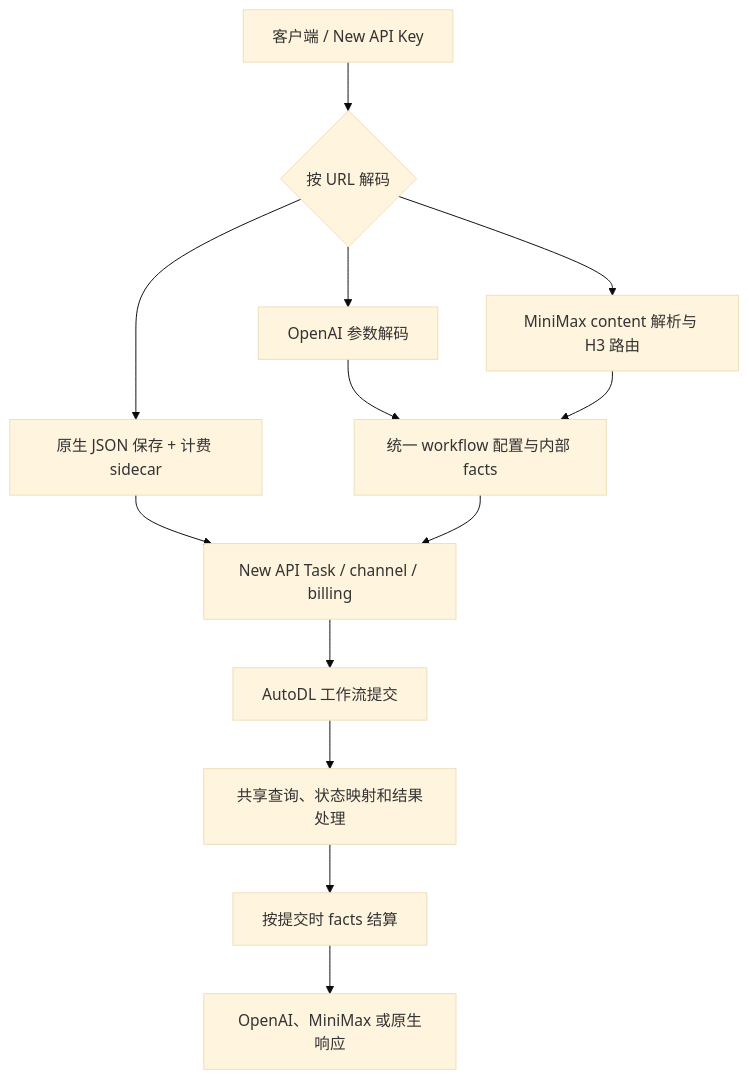
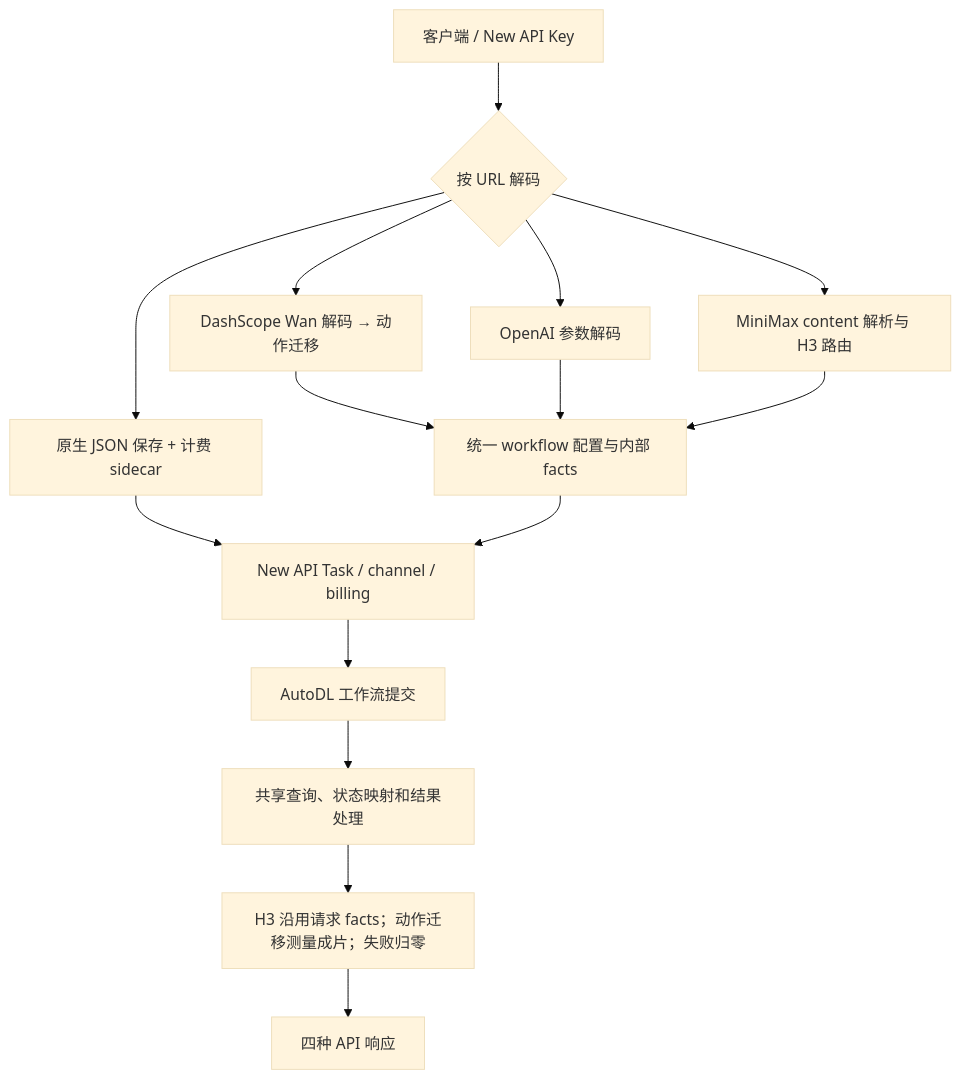
Before and after one commit to yiyinfaith/new-api-plugin-autodl: the diagram in API.md, drawn with Mermaid (base theme). The commit also changed other lines of this file and 8 other files, not shown here.

First line of the commit message:
Add DashScope Wan API compatibility and concise request documentation

````diff
--- a/API.md
+++ b/API.md
@@ -467,15 +626,17 @@
 ```mermaid
 flowchart TD
     Client["客户端 / New API Key"] --> Decoder{"按 URL 解码"}
     Decoder --> OAI["OpenAI 参数解码"]
     Decoder --> MM["MiniMax content 解析与 H3 路由"]
     Decoder --> Native["原生 JSON 保存 + 计费 sidecar"]
+    Decoder --> Dash["DashScope Wan 解码 → 动作迁移"]
+    Dash --> Normalize
     OAI --> Normalize["统一 workflow 配置与内部 facts"]
     MM --> Normalize
     Native --> Common["New API Task / channel / billing"]
     Normalize --> Common
     Common --> Upstream["AutoDL 工作流提交"]
     Upstream --> Poll["共享查询、状态映射和结果处理"]
-    Poll --> Settlement["按提交时 facts 结算"]
-    Settlement --> Response["OpenAI、MiniMax 或原生响应"]
+    Poll --> Settlement["H3 沿用请求 facts；动作迁移测量成片；失败归零"]
+    Settlement --> Response["四种 API 响应"]
 ```
````
